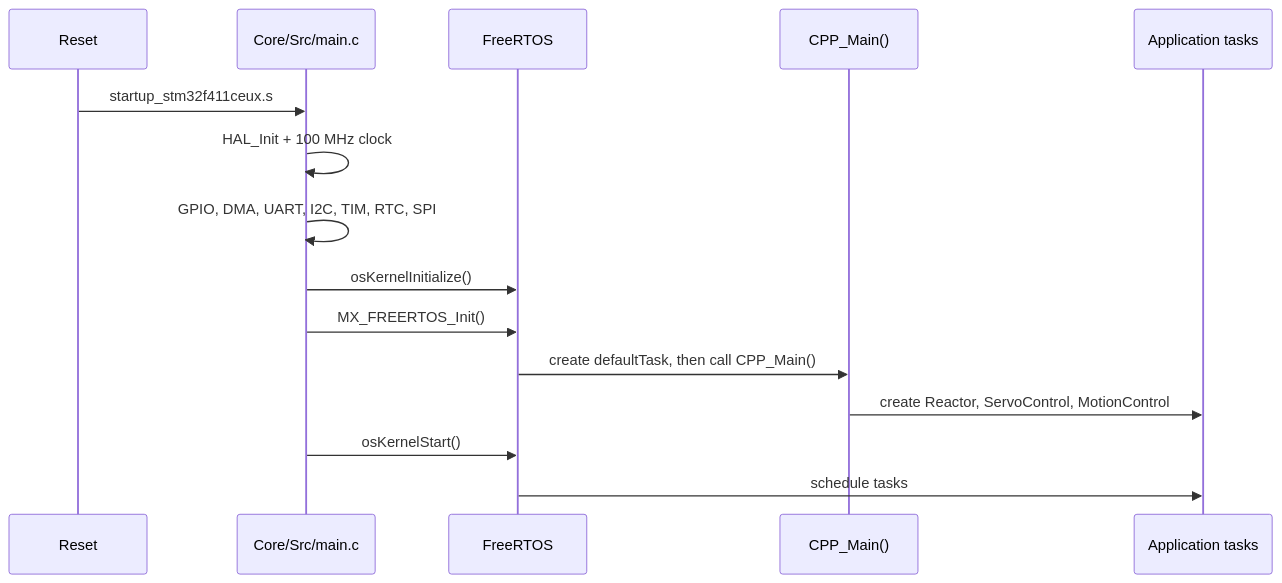
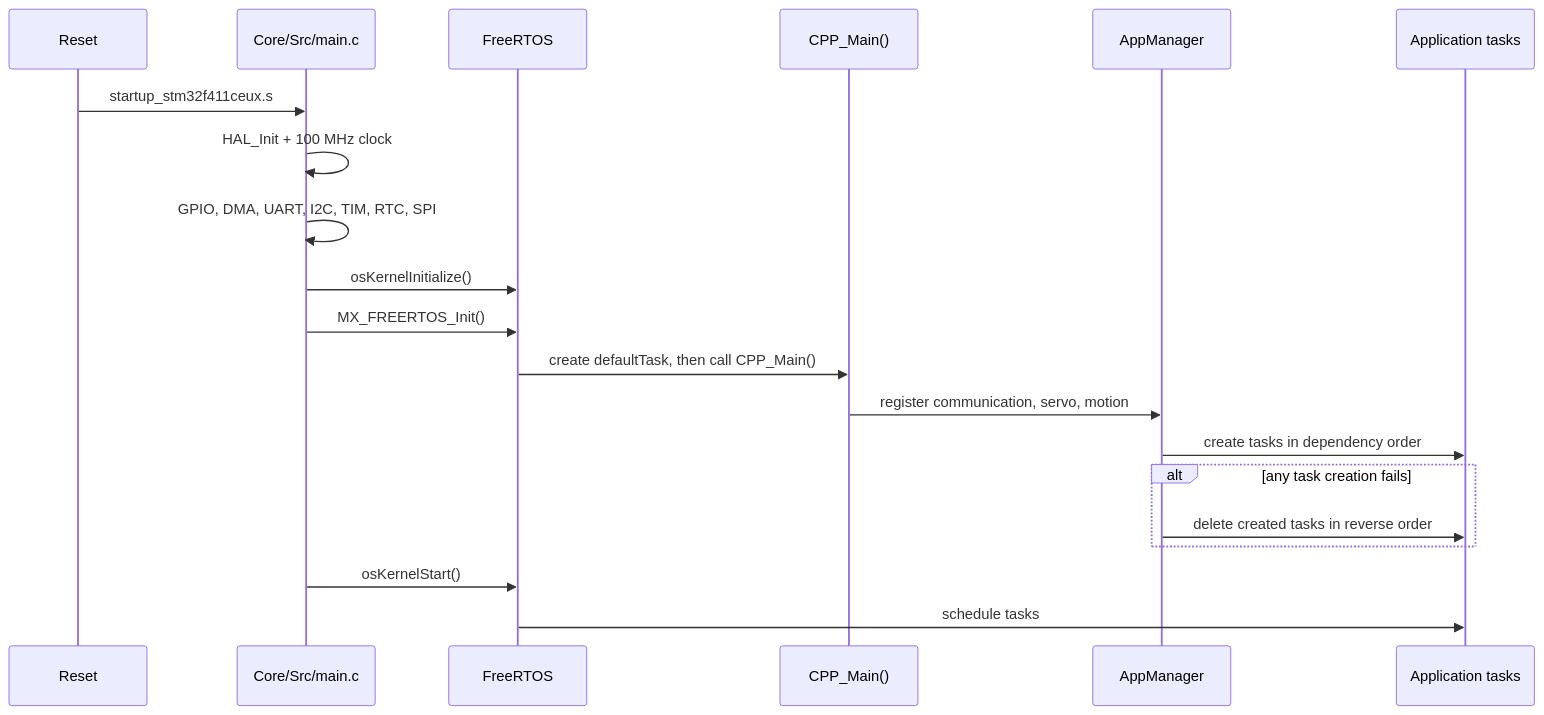
Before and after one commit to lk888l/wheeled-legged_Robot-WL1: the second of 2 diagrams in car_firmware/docs/architecture.md, drawn with Mermaid. The commit also changed other lines of this file and 42 other files, not shown here.

````diff
--- a/car_firmware/docs/architecture.md
+++ b/car_firmware/docs/architecture.md
@@ -32,18 +33,23 @@
 ```mermaid
 sequenceDiagram
     participant Reset as Reset
     participant C as Core/Src/main.c
     participant RTOS as FreeRTOS
     participant CPP as CPP_Main()
+    participant Manager as AppManager
     participant Tasks as Application tasks
 
     Reset->>C: startup_stm32f411ceux.s
     C->>C: HAL_Init + 100 MHz clock
     C->>C: GPIO, DMA, UART, I2C, TIM, RTC, SPI
     C->>RTOS: osKernelInitialize()
     C->>RTOS: MX_FREERTOS_Init()
     RTOS->>CPP: create defaultTask, then call CPP_Main()
-    CPP->>Tasks: create Reactor, ServoControl, MotionControl
+    CPP->>Manager: register communication, servo, motion
+    Manager->>Tasks: create tasks in dependency order
+    alt any task creation fails
+        Manager->>Tasks: delete created tasks in reverse order
+    end
     C->>RTOS: osKernelStart()
     RTOS->>Tasks: schedule tasks
 ```
````
